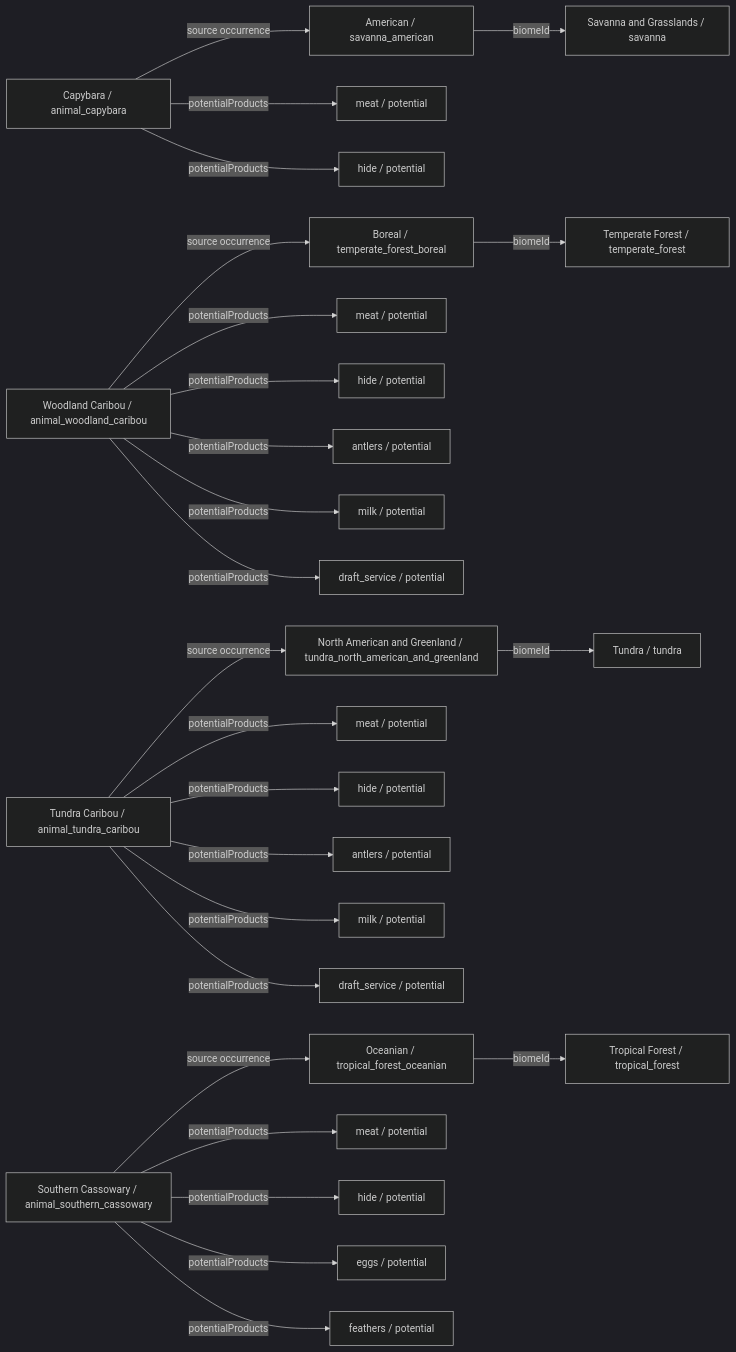
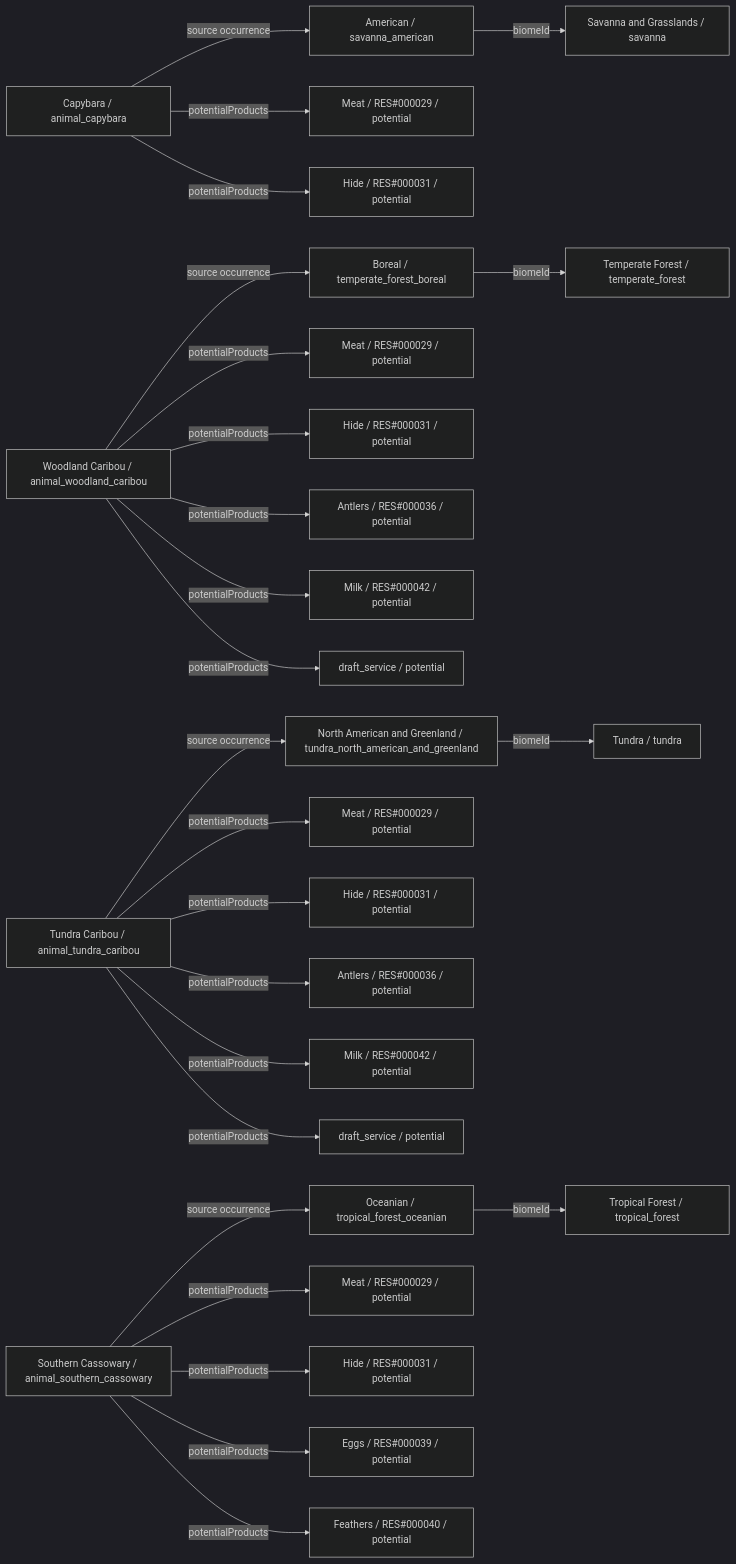
The seventh of 34 diagrams in data/animals/DIAGRAMS.md (fgabo404/EvolveDoc), drawn with Mermaid (dark theme) before and after one commit. The commit also changed other lines of this file and 50 other files, not shown here.

````diff
--- a/data/animals/DIAGRAMS.md
+++ b/data/animals/DIAGRAMS.md
@@ -397,55 +397,55 @@
 ```mermaid
 flowchart LR
     c0["Capybara / animal_capybara"]
     v12["American / savanna_american"]
     b3["Savanna and Grasslands / savanna"]
-    o0_0["meat / potential"]
-    o0_1["hide / potential"]
+    o0_0["Meat / RES#000029 / potential"]
+    o0_1["Hide / RES#000031 / potential"]
     c1["Woodland Caribou / animal_woodland_caribou"]
     v7["Boreal / temperate_forest_boreal"]
     b1["Temperate Forest / temperate_forest"]
-    o1_0["meat / potential"]
-    o1_1["hide / potential"]
-    o1_2["antlers / potential"]
-    o1_3["milk / potential"]
+    o1_0["Meat / RES#000029 / potential"]
+    o1_1["Hide / RES#000031 / potential"]
+    o1_2["Antlers / RES#000036 / potential"]
+    o1_3["Milk / RES#000042 / potential"]
     o1_4["draft_service / potential"]
     c2["Tundra Caribou / animal_tundra_caribou"]
     v8["North American and Greenland / tundra_north_american_and_greenland"]
     b2["Tundra / tundra"]
-    o2_0["meat / potential"]
-    o2_1["hide / potential"]
-    o2_2["antlers / potential"]
-    o2_3["milk / potential"]
+    o2_0["Meat / RES#000029 / potential"]
+    o2_1["Hide / RES#000031 / potential"]
+    o2_2["Antlers / RES#000036 / potential"]
+    o2_3["Milk / RES#000042 / potential"]
     o2_4["draft_service / potential"]
     c3["Southern Cassowary / animal_southern_cassowary"]
     v3["Oceanian / tropical_forest_oceanian"]
     b0["Tropical Forest / tropical_forest"]
-    o3_0["meat / potential"]
-    o3_1["hide / potential"]
-    o3_2["eggs / potential"]
-    o3_3["feathers / potential"]
+    o3_0["Meat / RES#000029 / potential"]
+    o3_1["Hide / RES#000031 / potential"]
+    o3_2["Eggs / RES#000039 / potential"]
+    o3_3["Feathers / RES#000040 / potential"]
     c0 -->|potentialProducts| o0_0
     c0 -->|potentialProducts| o0_1
     c0 -->|source occurrence| v12
     c1 -->|potentialProducts| o1_0
     c1 -->|potentialProducts| o1_1
     c1 -->|potentialProducts| o1_2
     c1 -->|potentialProducts| o1_3
     c1 -->|potentialProducts| o1_4
     c1 -->|source occurrence| v7
     c2 -->|potentialProducts| o2_0
     c2 -->|potentialProducts| o2_1
     c2 -->|potentialProducts| o2_2
     c2 -->|potentialProducts| o2_3
     c2 -->|potentialProducts| o2_4
     c2 -->|source occurrence| v8
     c3 -->|potentialProducts| o3_0
     c3 -->|potentialProducts| o3_1
     c3 -->|potentialProducts| o3_2
     c3 -->|potentialProducts| o3_3
     c3 -->|source occurrence| v3
     v12 -->|biomeId| b3
     v3 -->|biomeId| b0
     v7 -->|biomeId| b1
     v8 -->|biomeId| b2
 ```
````
